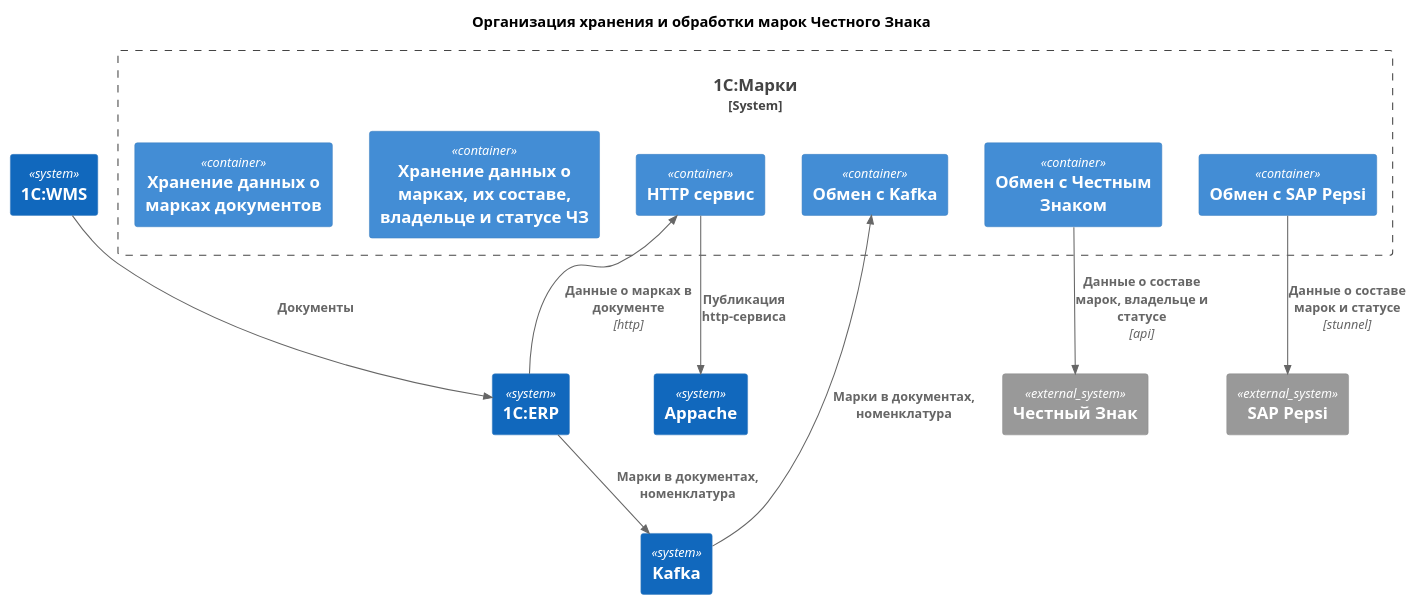
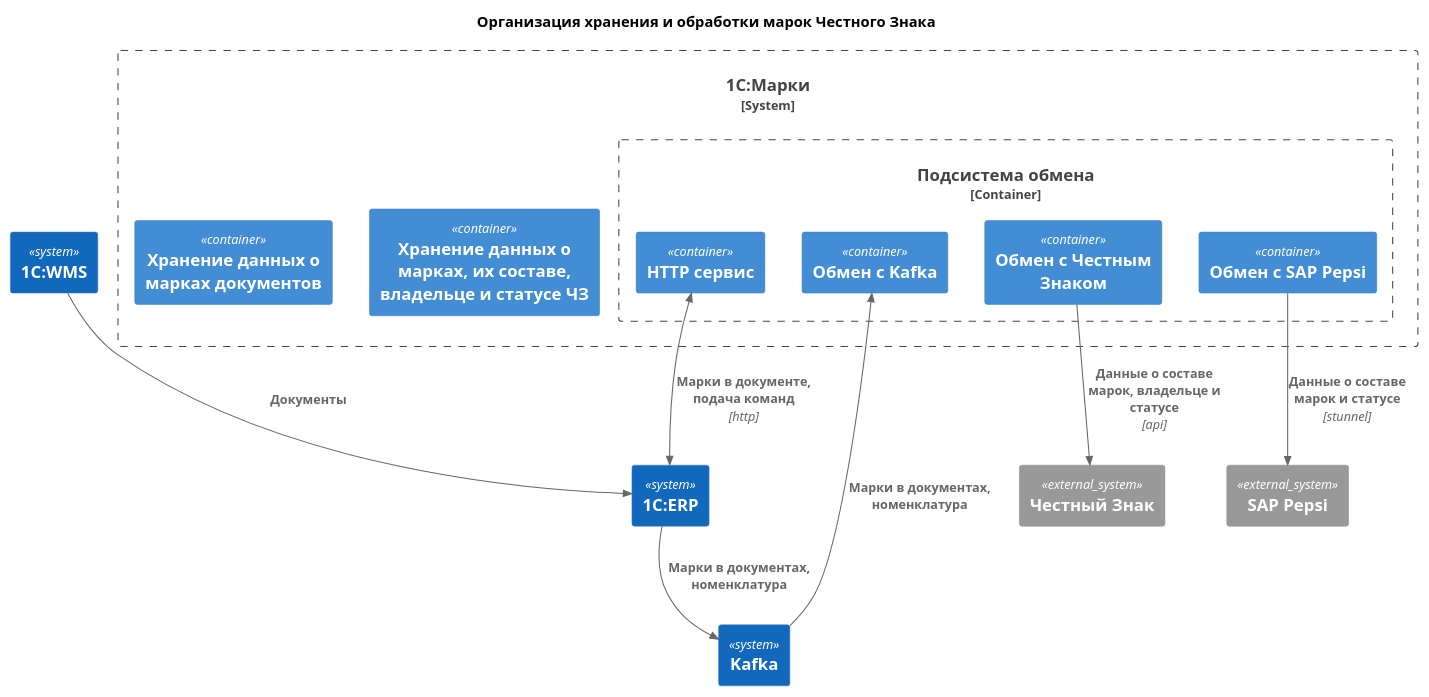
The diagram in doc/C4_Схема.puml (Taynis/projecta2025), drawn with PlantUML before and after one commit. The commit also changed 5 other files, not shown here.

```diff
--- a/doc/C4_Схема.puml
+++ b/doc/C4_Схема.puml
@@ -1,49 +1,48 @@
 @startuml
 !include https://raw.githubusercontent.com/plantuml-stdlib/C4-PlantUML/master/C4_Component.puml
 
 ' LAYOUT_WITH_LEGEND()
 
 title Организация хранения и обработки марок Честного Знака
 
 
 ' Системы
 System_Boundary(Марки, "1C:Марки") {
-    Container(ОбменКафка, "Обмен с Kafka", "")
-    Container(ОбменЧЗ, "Обмен с Честным Знаком", "")
-    Container(Сервис, "HTTP сервис", "")
-    Container(ОбменПепси, "Обмен с SAP Pepsi ", "")
+    Container_Boundary(Обмен, "Подсистема обмена", "") {
+        Container(ОбменКафка, "Обмен с Kafka", "")
+        Container(ОбменЧЗ, "Обмен с Честным Знаком", "")
+        Container(Сервис, "HTTP сервис", "")
+        Container(ОбменПепси, "Обмен с SAP Pepsi ", "")
+        }
     Container(Хранение, "Хранение данных о марках, их составе, владельце и статусе ЧЗ", "")
     Container(ХранениеДок, "Хранение данных о марках документов", "")
 }
 
 
 System(ЕРП, "1С:ERP") {
 }
 
 System(ВМС, "1С:WMS") {
 }
 
 
 System(Кафка, "Kafka"){
 }
 
-System(ВебСервер, "Appache"){
-}
 
 System_Ext(Пепси, "SAP Pepsi")
 
 System_Ext(ЧЗ, "Честный Знак")
 
 ' Связи
 Rel(ВМС, ЕРП, "Документы")
 Rel(ЕРП, Кафка, "Марки в документах, номенклатура")
 Rel(Кафка, ОбменКафка, "Марки в документах, номенклатура")
-Rel(Сервис, ВебСервер, "Публикация http-сервиса", )
 
-Rel_Back(Сервис, ЕРП, "Данные о марках в документе", "http")
+BiRel(Сервис, ЕРП, "Марки в документе, подача команд", "http")
 Rel(ОбменПепси, Пепси, "Данные о составе марок и статусе", "stunnel")
 
 Rel(ОбменЧЗ, ЧЗ, "Данные о составе марок, владельце и статусе", "api")
 
 
 @enduml
```
